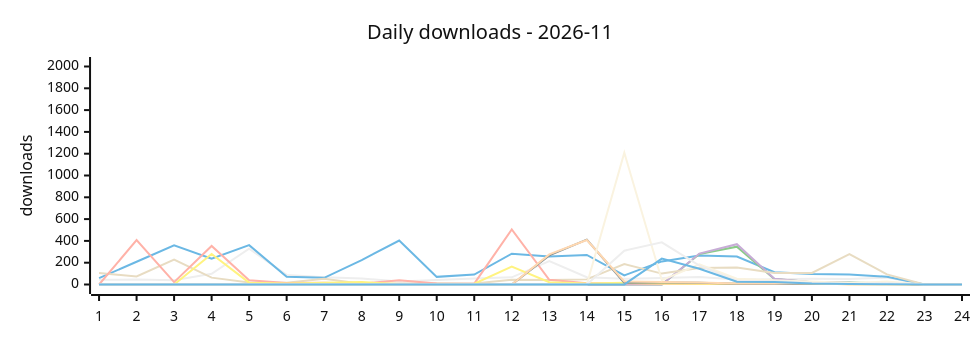
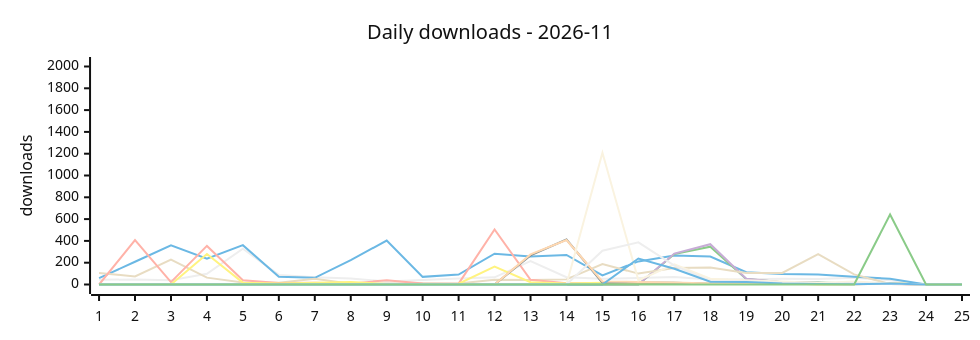
One commit to terry2010/npm-downloads-tracker changed the first of 2 diagrams in DASHBOARD.md. Above: the diagram before and after it, drawn with Mermaid (neutral theme). The commit also changed other lines of this file and 2 other files, not shown here.

````diff
--- a/DASHBOARD.md
+++ b/DASHBOARD.md
@@ -47,19 +45,20 @@
 ```mermaid
 %%{init: {'xyChart': {'width': 960, 'height': 320}}}%%
 xychart-beta
     title "Daily downloads - 2026-11"
-    x-axis ["1", "2", "3", "4", "5", "6", "7", "8", "9", "10", "11", "12", "13", "14", "15", "16", "17", "18", "19", "20", "21", "22", "23", "24"]
+    x-axis ["1", "2", "3", "4", "5", "6", "7", "8", "9", "10", "11", "12", "13", "14", "15", "16", "17", "18", "19", "20", "21", "22", "23", "24", "25"]
     y-axis "downloads" 0 --> 2000
-    line "dsh-loop-recover" [43, 46, 39, 99, 329, 88, 66, 56, 27, 42, 54, 66, 214, 67, 53, 59, 69, 46, 48, 53, 51, 63, 0, 0]
-    line "dsh-rss-news-daily" [58, 209, 359, 237, 361, 70, 61, 224, 403, 70, 91, 283, 258, 271, 84, 212, 266, 257, 113, 96, 91, 71, 0, 0]
-    line "dsh-rss-news-flash-kuaixun" [0, 0, 0, 0, 0, 0, 0, 0, 0, 0, 0, 0, 0, 0, 0, 0, 279, 347, 50, 21, 19, 9, 0, 0]
-    line "dsh-rss-news-browser-fetch" [0, 0, 0, 0, 0, 0, 0, 0, 0, 0, 0, 0, 0, 0, 0, 0, 284, 370, 53, 20, 17, 7, 0, 0]
-    line "opencode-loop-recover" [105, 74, 228, 63, 19, 16, 52, 6, 10, 11, 10, 43, 41, 47, 187, 100, 151, 155, 105, 106, 279, 93, 0, 0]
-    line "oc-market-quail-zephyr-72a0" [0, 407, 22, 354, 39, 14, 15, 7, 40, 10, 8, 505, 43, 12, 11, 6, 5, 5, 9, 10, 3, 3, 0, 0]
-    line "awesome-opencode-market" [0, 0, 0, 280, 17, 9, 17, 22, 4, 1, 7, 164, 21, 10, 15, 10, 7, 8, 11, 9, 3, 3, 0, 0]
-    line "surfbird" [0, 0, 0, 0, 0, 0, 0, 0, 0, 0, 0, 0, 267, 412, 16, 19, 15, 8, 6, 10, 11, 11, 0, 0]
-    line "surfbird-mcp" [0, 0, 0, 0, 0, 0, 0, 0, 0, 0, 0, 0, 276, 408, 28, 23, 18, 10, 9, 18, 13, 10, 0, 0]
-    line "dsh-control-surfbird-for-kitesurf" [0, 0, 0, 0, 0, 0, 0, 0, 0, 0, 0, 0, 0, 0, 1209, 39, 186, 53, 38, 27, 13, 27, 0, 0]
-    line "opencode-control-surfbird-for-kitesurf" [0, 0, 0, 0, 0, 0, 0, 0, 0, 0, 0, 0, 0, 0, 310, 387, 173, 34, 30, 13, 4, 14, 0, 0]
-    line "pi-control-surfbird-for-kitesurf" [0, 0, 0, 0, 0, 0, 0, 0, 0, 0, 0, 0, 0, 0, 0, 238, 144, 25, 24, 9, 5, 2, 0, 0]
+    line "dsh-loop-recover" [43, 46, 39, 99, 329, 88, 66, 56, 27, 42, 54, 66, 214, 67, 53, 59, 69, 46, 48, 53, 51, 63, 39, 0, 0]
+    line "dsh-rss-news-daily" [58, 209, 359, 237, 361, 70, 61, 224, 403, 70, 91, 283, 258, 271, 84, 212, 266, 257, 113, 96, 91, 71, 52, 0, 0]
+    line "dsh-rss-news-flash-kuaixun" [0, 0, 0, 0, 0, 0, 0, 0, 0, 0, 0, 0, 0, 0, 0, 0, 279, 347, 50, 21, 19, 9, 11, 0, 0]
+    line "dsh-rss-news-browser-fetch" [0, 0, 0, 0, 0, 0, 0, 0, 0, 0, 0, 0, 0, 0, 0, 0, 284, 370, 53, 20, 17, 7, 5, 0, 0]
+    line "opencode-loop-recover" [105, 74, 228, 63, 19, 16, 52, 6, 10, 11, 10, 43, 41, 47, 187, 100, 151, 155, 105, 106, 279, 93, 4, 0, 0]
+    line "oc-market-quail-zephyr-72a0" [0, 407, 22, 354, 39, 14, 15, 7, 40, 10, 8, 505, 43, 12, 11, 6, 5, 5, 9, 10, 3, 3, 8, 0, 0]
+    line "awesome-opencode-market" [0, 0, 0, 280, 17, 9, 17, 22, 4, 1, 7, 164, 21, 10, 15, 10, 7, 8, 11, 9, 3, 3, 10, 0, 0]
+    line "surfbird" [0, 0, 0, 0, 0, 0, 0, 0, 0, 0, 0, 0, 267, 412, 16, 19, 15, 8, 6, 10, 11, 11, 6, 0, 0]
+    line "surfbird-mcp" [0, 0, 0, 0, 0, 0, 0, 0, 0, 0, 0, 0, 276, 408, 28, 23, 18, 10, 9, 18, 13, 10, 10, 0, 0]
+    line "dsh-control-surfbird-for-kitesurf" [0, 0, 0, 0, 0, 0, 0, 0, 0, 0, 0, 0, 0, 0, 1209, 39, 186, 53, 38, 27, 13, 27, 10, 0, 0]
+    line "opencode-control-surfbird-for-kitesurf" [0, 0, 0, 0, 0, 0, 0, 0, 0, 0, 0, 0, 0, 0, 310, 387, 173, 34, 30, 13, 4, 14, 5, 0, 0]
+    line "pi-control-surfbird-for-kitesurf" [0, 0, 0, 0, 0, 0, 0, 0, 0, 0, 0, 0, 0, 0, 0, 238, 144, 25, 24, 9, 5, 2, 9, 0, 0]
+    line "awesome-skill-market" [0, 0, 0, 0, 0, 0, 0, 0, 0, 0, 0, 0, 0, 0, 0, 0, 0, 0, 0, 0, 0, 0, 642, 0, 0]
 ```
````
